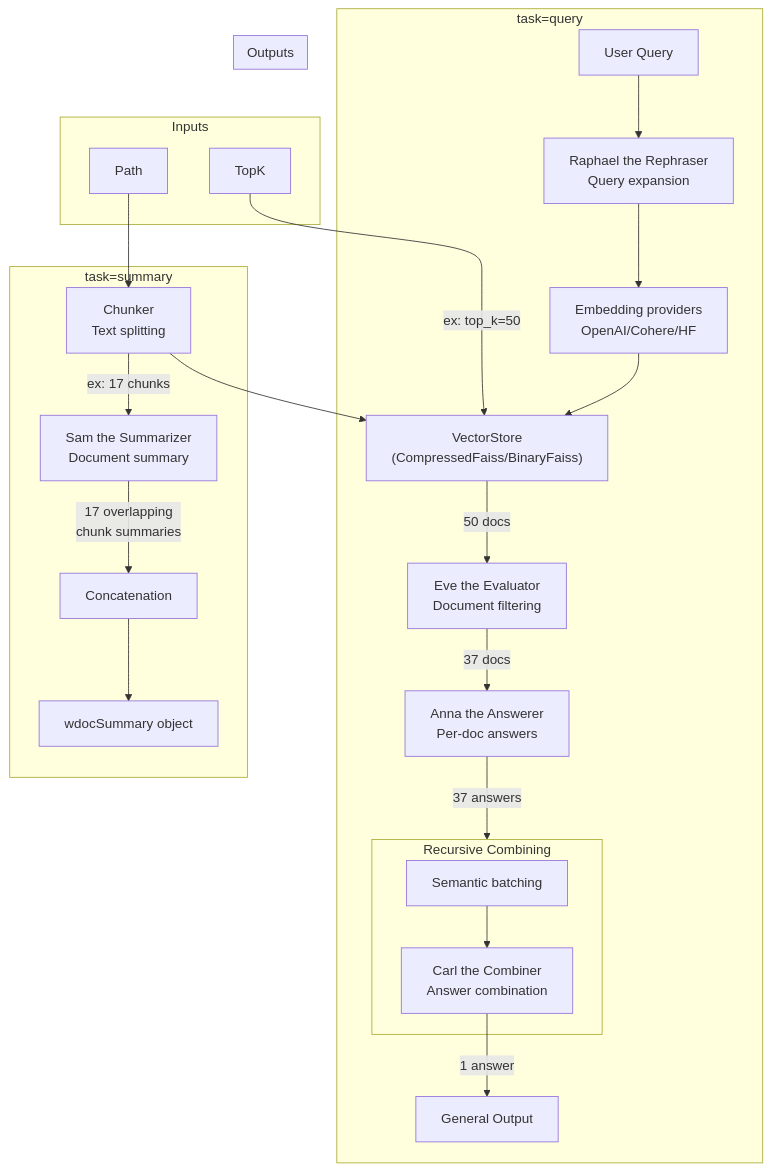
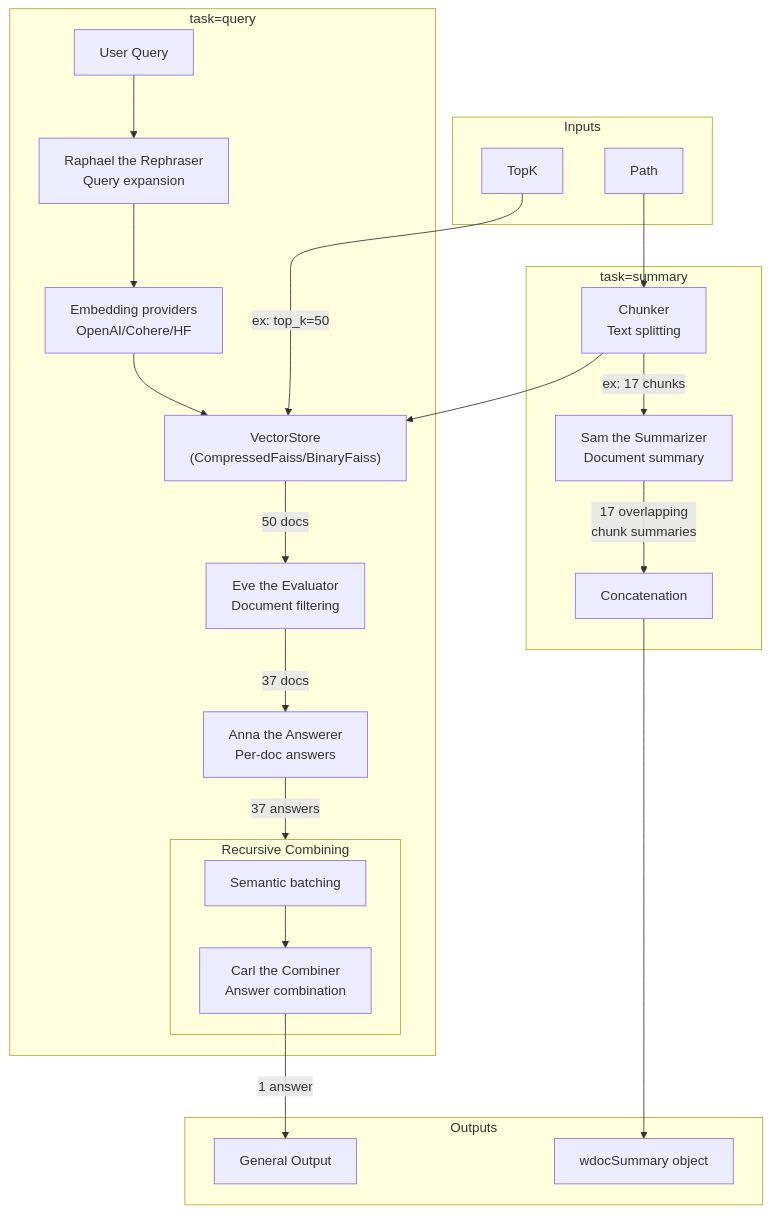
Before and after one commit to thiswillbeyourgithub/wdoc: the diagram in images/diagram.mmd, drawn with Mermaid. The commit also changed other lines of this file, not shown here.

```diff
--- a/images/diagram.mmd
+++ b/images/diagram.mmd
@@ -1,47 +1,47 @@
 flowchart TD
     subgraph Inputs["Inputs"]
         Path["Path"]
         TopK["TopK"]
     end
 
     Embeddings["Embedding providers<br/>OpenAI/Cohere/HF"]
     VectorStore["VectorStore<br/>(CompressedFaiss/BinaryFaiss)"]
     Chunker["Chunker<br/>Text splitting"]
 
     Path --> Chunker
     Chunker --> VectorStore
     Embeddings --> VectorStore
+
+    subgraph Outputs["Outputs"]
+        QueryOutput["General Output"]
+        SummaryOutput["wdocSummary object"]
+    end
 
     subgraph QueryTask["task=query"]
         UserQuery["User Query"]
         Raphael["Raphael the Rephraser<br/>Query expansion"]
         Eve["Eve the Evaluator<br/>Document filtering"]
         Anna["Anna the Answerer<br/>Per-doc answers"]
         
         subgraph RecursiveCombining["Recursive Combining"]
             SemanticBatching["Semantic batching"]
             Carl["Carl the Combiner<br/>Answer combination"]
             SemanticBatching --> Carl
         end
         
         UserQuery --> Raphael
         Raphael --> Embeddings
         TopK -->|ex: top_k=50| VectorStore
         VectorStore -->|50 docs| Eve
         Eve -->|37 docs| Anna
         Anna -->|37 answers| RecursiveCombining
         Carl -->|1 answer| QueryOutput
     end
 
     subgraph SummaryTask["task=summary"]
         Sam["Sam the Summarizer<br/>Document summary"]
         Concatenation["Concatenation"]
         Chunker -->|ex: 17 chunks| Sam
         Sam -->|17 overlapping<br/>chunk summaries| Concatenation
         Concatenation --> SummaryOutput
     end
-
-    subgraph Outputs["Outputs"]
-        QueryOutput["General Output"]
-        SummaryOutput["wdocSummary object"]
-    end
```
